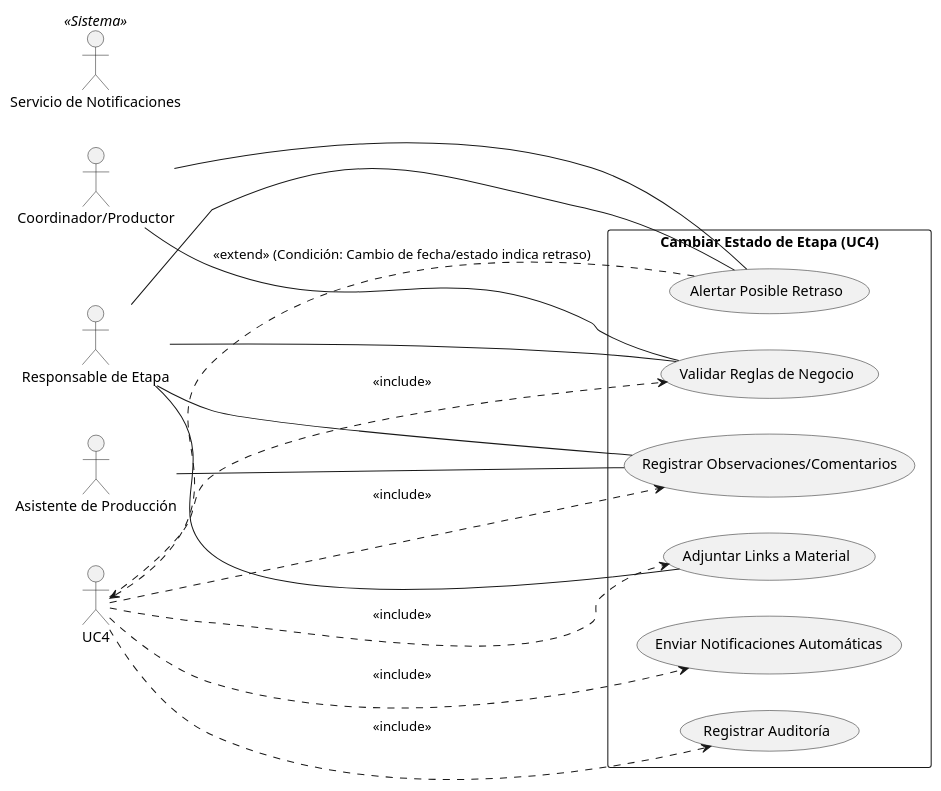
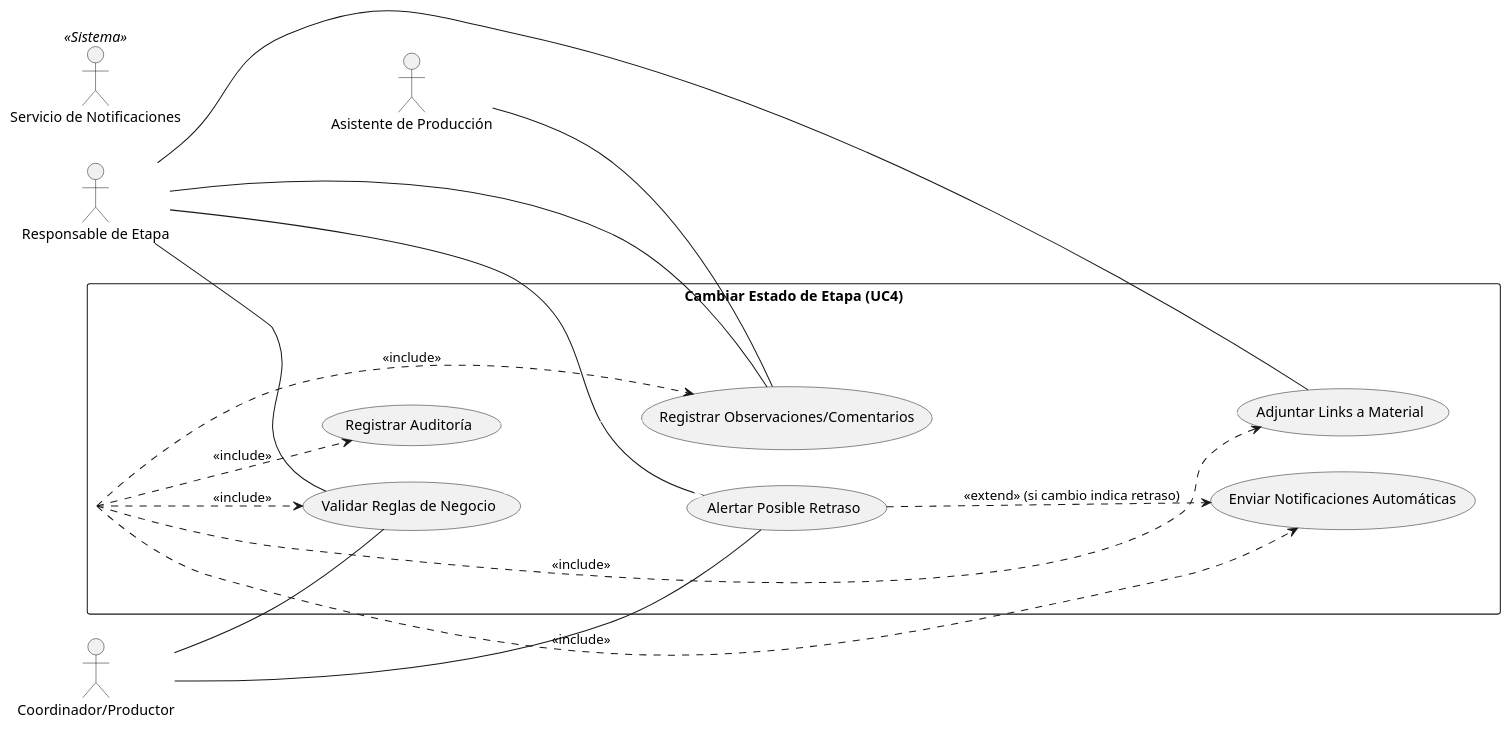
The diagram in diagramas/02-casos-de-uso/02-caso-uso-cambiar-estado-etapa-04.puml (GonzaloBarbano/SistemaProductoraVideos), drawn with PlantUML before and after one commit. The commit also changed 11 other files, not shown here.

Commit message:
Correccion diagramas

```diff
--- a/diagramas/02-casos-de-uso/02-caso-uso-cambiar-estado-etapa-04.puml
+++ b/diagramas/02-casos-de-uso/02-caso-uso-cambiar-estado-etapa-04.puml
@@ -1,35 +1,41 @@
 @startuml
 left to right direction
 
 actor "Responsable de Etapa" as Resp
 actor "Coordinador/Productor" as Prod
 actor "Asistente de Producción" as Asist
 actor "Servicio de Notificaciones" as Notif <<Sistema>>
 
 rectangle "Cambiar Estado de Etapa (UC4)" {
     usecase "Validar Reglas de Negocio" as ValidaReglas
     usecase "Alertar Posible Retraso" as AlertaRetraso
     usecase "Registrar Auditoría" as RegAudit
     usecase "Registrar Observaciones/Comentarios" as RegObs
     usecase "Adjuntar Links a Material" as Links
     usecase "Enviar Notificaciones Automáticas" as UC5
 }
 
 Resp -- ValidaReglas
 Resp -- AlertaRetraso
 Resp -- RegObs
 Resp -- Links
 Prod -- ValidaReglas
 Prod -- AlertaRetraso
 Asist -- RegObs
 
-' Relaciones de inclusión
-UC4 ..> ValidaReglas : <<include>>
-UC4 ..> RegAudit : <<include>>
-UC4 ..> RegObs : <<include>>
-UC4 ..> Links : <<include>>
-UC4 ..> UC5 : <<include>>
+' Inclusiones del caso de uso principal
+"Cambiar Estado de Etapa (UC4)" ..> ValidaReglas : <<include>>
+"Cambiar Estado de Etapa (UC4)" ..> RegAudit : <<include>>
+"Cambiar Estado de Etapa (UC4)" ..> RegObs : <<include>>
+"Cambiar Estado de Etapa (UC4)" ..> Links : <<include>>
+"Cambiar Estado de Etapa (UC4)" ..> UC5 : <<include>>
 
-' Extensión opcional
-UC4 <.. AlertaRetraso : <<extend>> (Condición: Cambio de fecha/estado indica retraso)
+' Extensión
+AlertaRetraso ..> UC5 : <<extend>> (si cambio indica retraso)
+
+' Flechas ocultas para orden
+ValidaReglas -[#white]-> AlertaRetraso
+RegObs -[#white]-> Links
+RegAudit -[#white]-> RegObs
+
 @enduml
```
